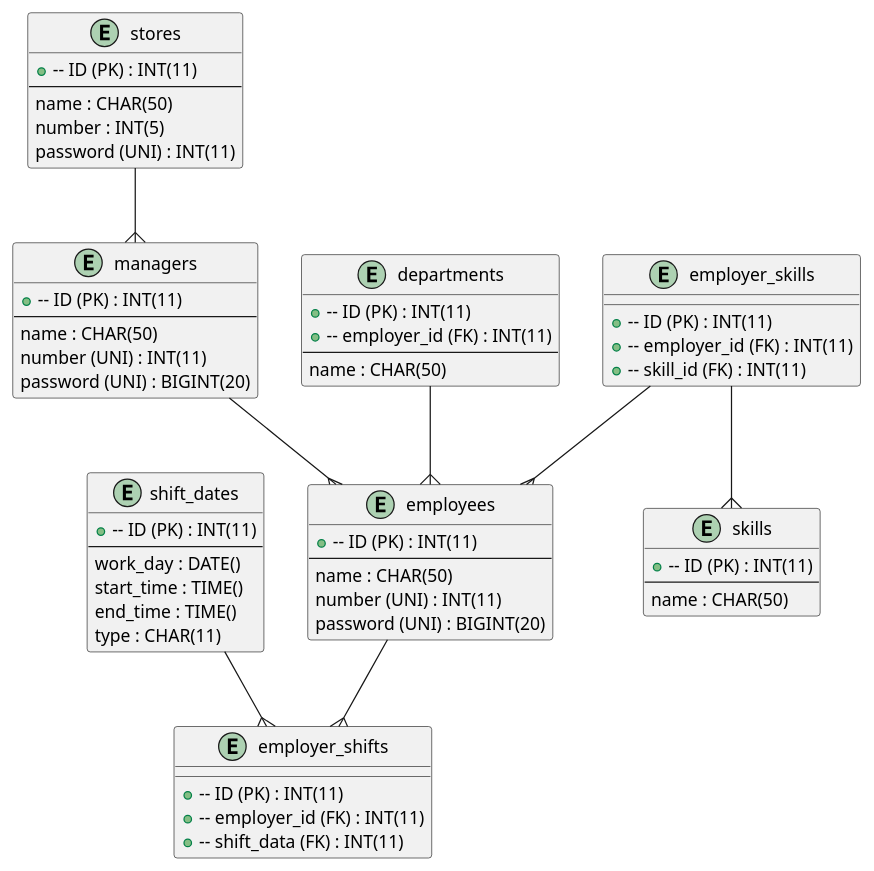
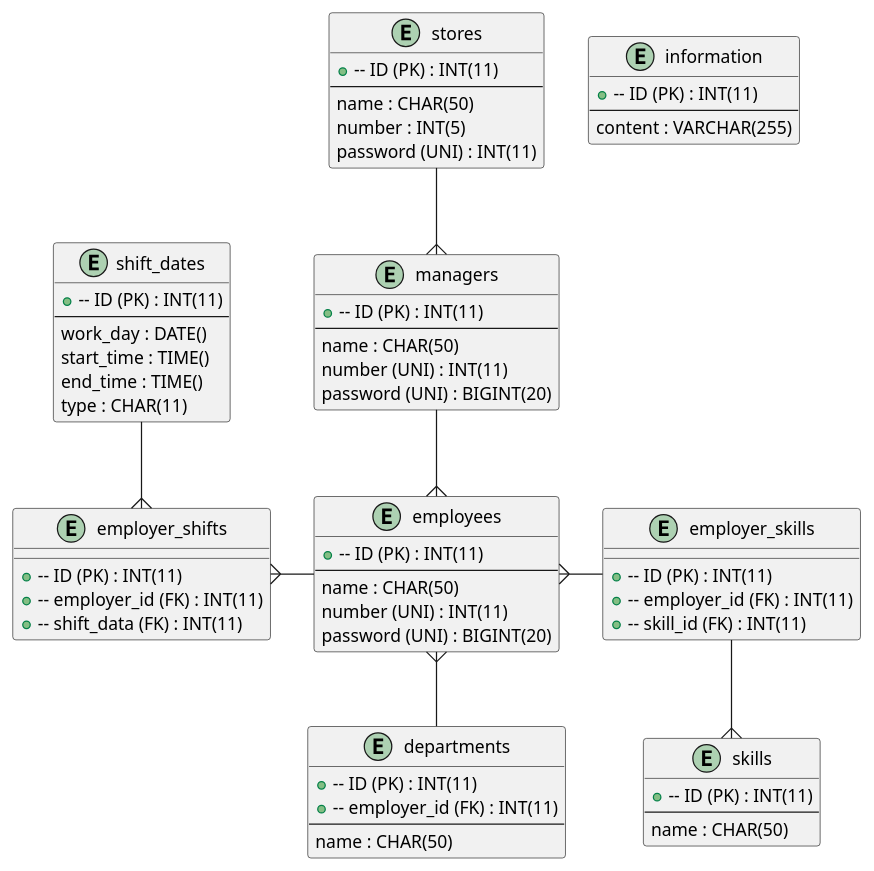
One commit to kokimoriguchi/portfolio_detail changed the diagram in ER.pu. Above: the diagram before and after it, drawn with PlantUML. The commit also changed 4 other files, not shown here.

```diff
--- a/ER.pu
+++ b/ER.pu
@@ -1,69 +1,75 @@
 @startuml ER
 
 entity "employees" as employees {
   +-- ID (PK) : INT(11)
   --
   name : CHAR(50)
   number (UNI) : INT(11)
   password (UNI) : BIGINT(20)
 }
 
 entity "managers" as managers {
   +-- ID (PK) : INT(11)
   --
   name : CHAR(50)
   number (UNI) : INT(11)
   password (UNI) : BIGINT(20)
 }
 
 entity "shift_dates" as shift_dates {
   +-- ID (PK) : INT(11)
   --
   work_day : DATE()
   start_time : TIME()
   end_time : TIME()
   type : CHAR(11)
 }
 
 entity "employer_shifts" as employer_shifts {
   +-- ID (PK) : INT(11)
   +-- employer_id (FK) : INT(11)
   +-- shift_data (FK) : INT(11)
 }
 
 entity "departments" as departments {
   +-- ID (PK) : INT(11)
   +-- employer_id (FK) : INT(11)
   --
   name : CHAR(50)
 }
 
 entity "skills" as skills {
   +-- ID (PK) : INT(11)
   --
   name : CHAR(50)
 }
 
 entity "employer_skills" as employer_skills {
   +-- ID (PK) : INT(11)
   +-- employer_id (FK) : INT(11)
   +-- skill_id (FK) : INT(11)
 }
 
 entity "stores" as stores {
   +-- ID (PK) : INT(11)
   --
   name : CHAR(50)
   number : INT(5)
   password (UNI) : INT(11)
 }
 
+entity "information" as information {
+  +-- ID (PK) : INT(11)
+  --
+  content : VARCHAR(255)
+}
+
 stores --{ managers
 managers --{ employees
-employees --{ employer_shifts
-shift_dates -d-{ employer_shifts
-employer_skills --{ employees
+employees -l-{ employer_shifts
+shift_dates --{ employer_shifts
+employer_skills -l-{ employees
 employer_skills --{ skills
-departments --{ employees
+departments -u-{ employees
 
 @enduml
```
